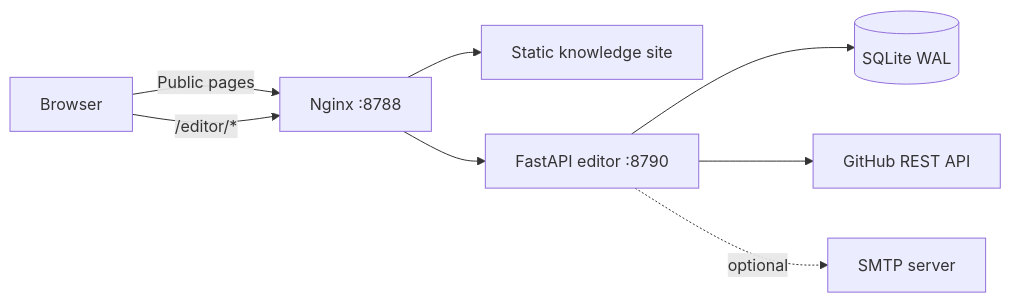
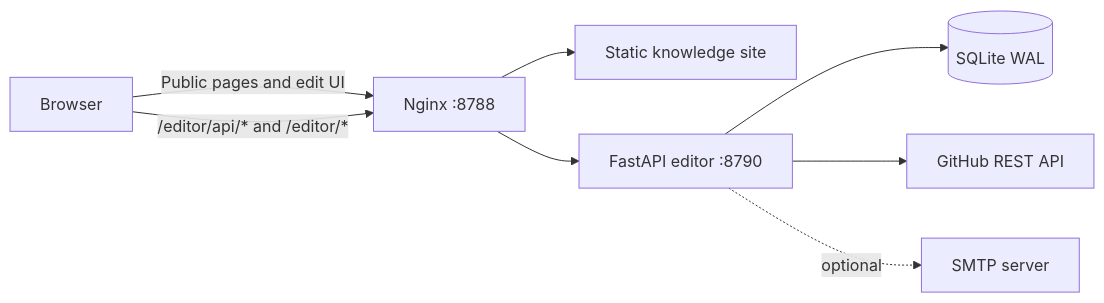
One commit to Game-Client-Knowledge/Web changed the diagram in docs/web-editing-and-contribution.md. Above: the diagram before and after it, drawn with Mermaid. The commit also changed other lines of this file and 15 other files, not shown here.

````diff
--- a/docs/web-editing-and-contribution.md
+++ b/docs/web-editing-and-contribution.md
@@ -60,18 +70,18 @@
 ```mermaid
 flowchart LR
     Browser[Browser]
     Nginx[Nginx :8788]
     Static[Static knowledge site]
     API[FastAPI editor :8790]
     DB[(SQLite WAL)]
     GitHub[GitHub REST API]
     SMTP[SMTP server]
 
-    Browser -->|Public pages| Nginx
+    Browser -->|Public pages and edit UI| Nginx
     Nginx --> Static
-    Browser -->|/editor/*| Nginx
+    Browser -->|/editor/api/* and /editor/*| Nginx
     Nginx --> API
     API --> DB
     API --> GitHub
     API -. optional .-> SMTP
 ```
````
